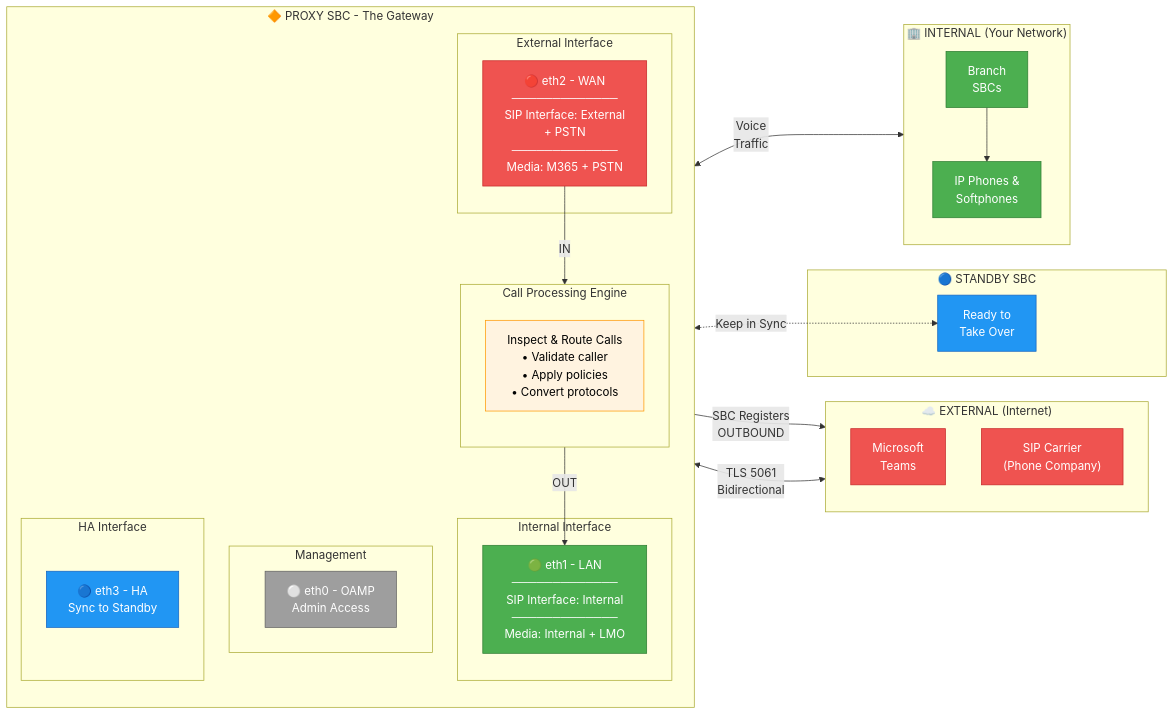
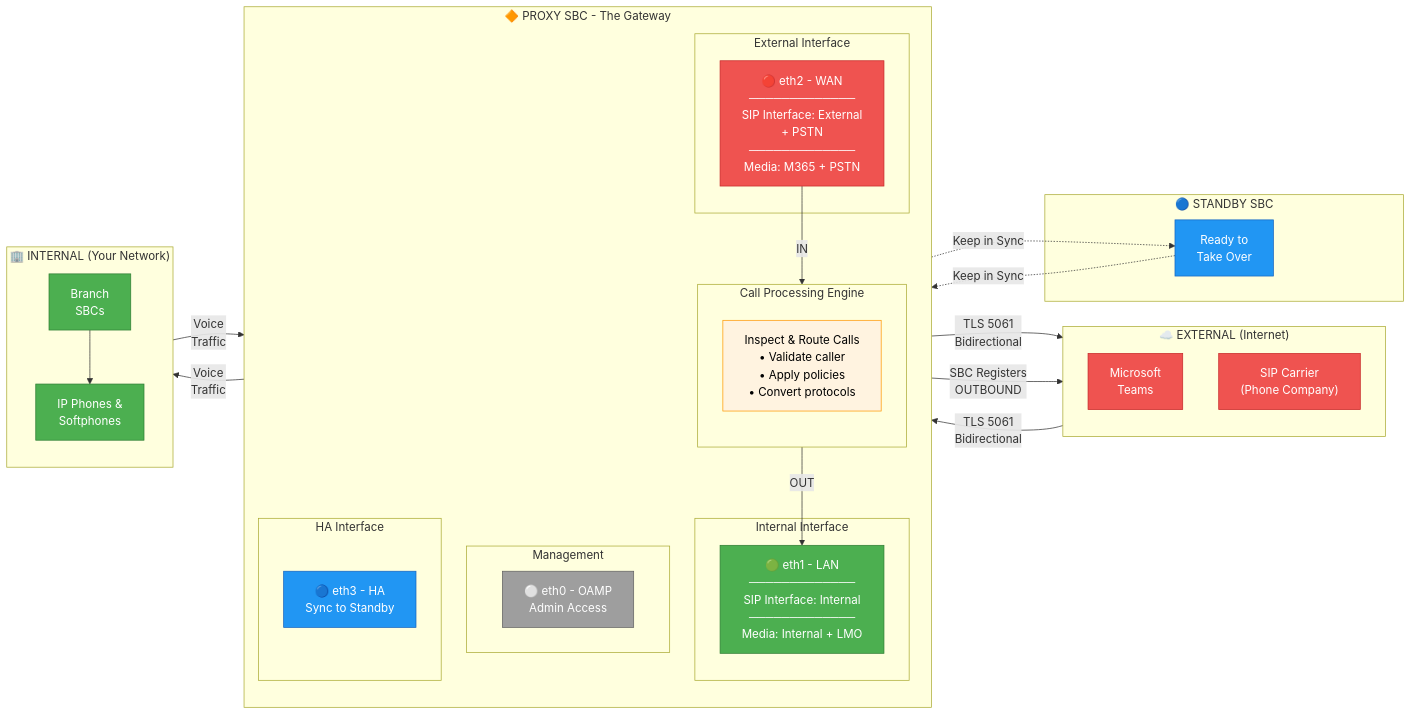
Before and after one commit to kevinsing999/public: diagram 25 of 26 in AudioCodes-AWS-Deployment-Guide.md, drawn with Mermaid. The commit also changed other lines of this file and 4 other files, not shown here.

First line of the commit message:
Fix GitHub mermaid rendering: replace unsupported syntax across 20 diagrams

```diff
--- a/AudioCodes-AWS-Deployment-Guide.md
+++ b/AudioCodes-AWS-Deployment-Guide.md
@@ -4176,7 +4188,8 @@
     %% === TRAFFIC FLOWS ===
 
     %% External to SBC (Teams = bidirectional, SIP Provider = outbound)
-    Teams <-->|"TLS 5061<br/>Bidirectional"| WAN
+    Teams -->|"TLS 5061<br/>Bidirectional"| WAN
+    WAN -->|"TLS 5061<br/>Bidirectional"| Teams
     WAN -->|"SBC Registers<br/>OUTBOUND"| SIPProvider
 
     %% Through the SBC (WAN → Processing → LAN)
@@ -4184,11 +4197,13 @@
     Process -->|"OUT"| LAN
 
     %% SBC to Internal (exits LAN port)
-    LAN <-->|"Voice<br/>Traffic"| Downstream
+    LAN -->|"Voice<br/>Traffic"| Downstream
+    Downstream -->|"Voice<br/>Traffic"| LAN
     Downstream --> Phones
 
     %% HA Sync
-    HA <-.->|"Keep in Sync"| Backup
+    HA -.->|"Keep in Sync"| Backup
+    Backup -.->|"Keep in Sync"| HA
 
     %% === STYLING ===
     classDef external fill:#ef5350,stroke:#c62828,color:#fff
```
